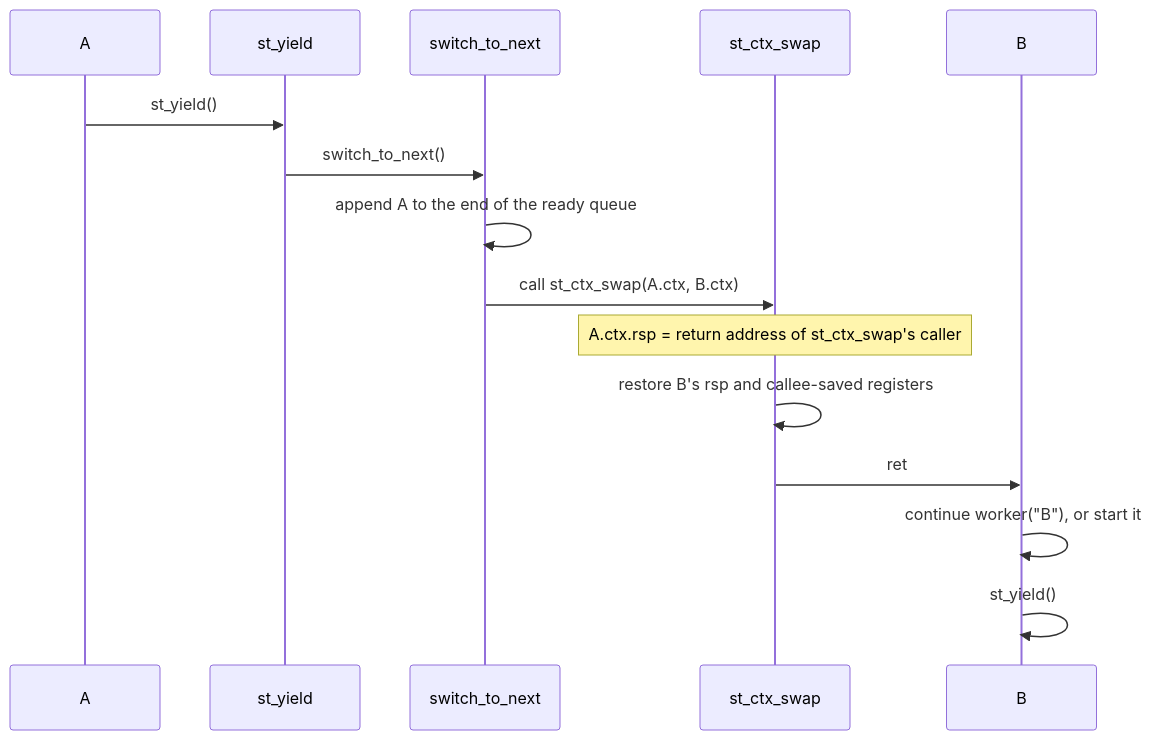
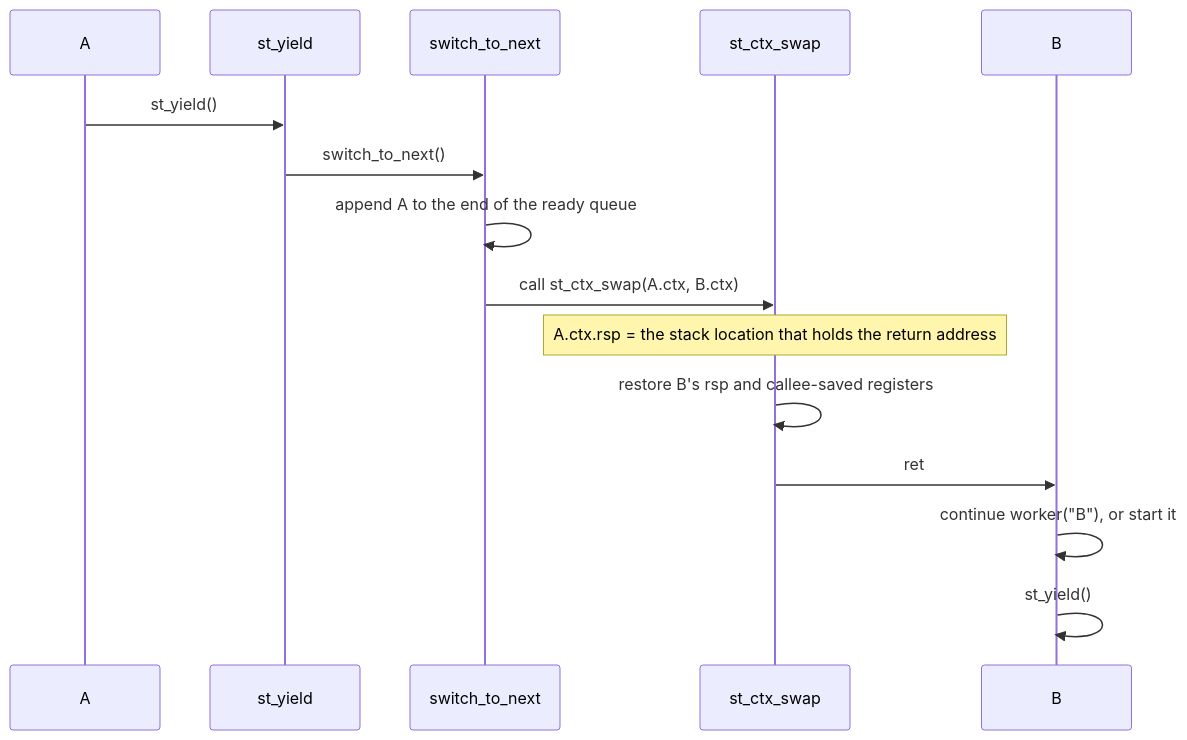
One commit to sokoide/trampoline changed the second of 2 diagrams in README_en.md. Above: the diagram before and after it, drawn with Mermaid. The commit also changed other lines of this file and 3 other files, not shown here.

````diff
--- a/README_en.md
+++ b/README_en.md
@@ -231,18 +255,18 @@
 ```mermaid
 sequenceDiagram
     participant A as A
     participant Y as st_yield
     participant S as switch_to_next
     participant X as st_ctx_swap
     participant B as B
 
     A->>Y: st_yield()
     Y->>S: switch_to_next()
     S->>S: append A to the end of the ready queue
     S->>X: call st_ctx_swap(A.ctx, B.ctx)
-    Note over X: A.ctx.rsp = return address of st_ctx_swap's caller
+    Note over X: A.ctx.rsp = the stack location that holds the return address
     X->>X: restore B's rsp and callee-saved registers
     X->>B: ret
     B->>B: continue worker("B"), or start it
     B->>B: st_yield()
 ```
````
